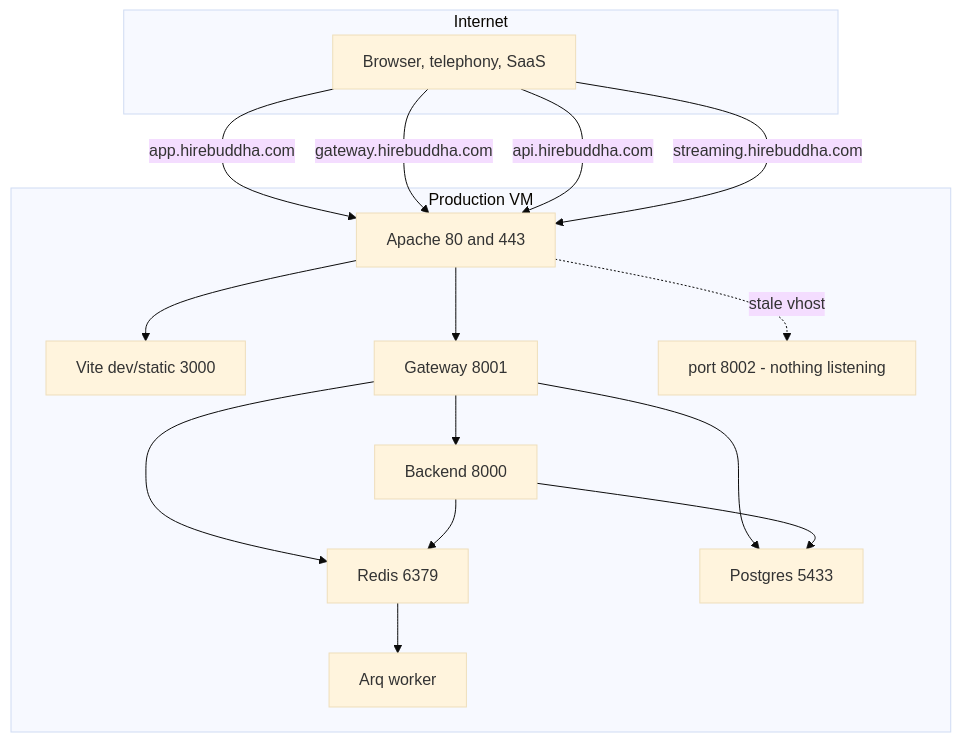
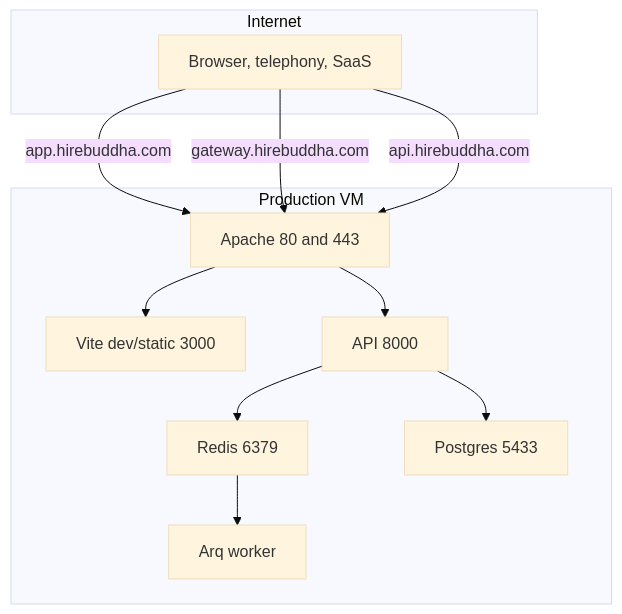
One commit to gondolerahul/hire-buddha-app changed diagram 20 of 22 in docs/current/13-gateway-and-realtime.md. Above: the diagram before and after it, drawn with Mermaid (base theme). The commit also changed other lines of this file and 61 other files, not shown here.

````diff
--- a/docs/current/13-gateway-and-realtime.md
+++ b/docs/current/13-gateway-and-realtime.md
@@ -1552,30 +1286,23 @@
 ```mermaid
 graph TB
     subgraph Internet
         U["Browser, telephony, SaaS"]
     end
     subgraph VM["Production VM"]
         AP["Apache 80 and 443"]
         FE["Vite dev/static 3000"]
-        GW["Gateway 8001"]
-        BE["Backend 8000"]
+        BE["API 8000"]
         WK["Arq worker"]
         RD["Redis 6379"]
         PG["Postgres 5433"]
-        X8002["port 8002 - nothing listening"]
     end
 
     U -->|app.hirebuddha.com| AP
     U -->|gateway.hirebuddha.com| AP
     U -->|api.hirebuddha.com| AP
-    U -->|streaming.hirebuddha.com| AP
     AP --> FE
-    AP --> GW
-    AP -.stale vhost.-> X8002
-    GW --> BE
-    GW --> RD
-    GW --> PG
+    AP --> BE
     BE --> PG
     BE --> RD
     RD --> WK
 ```
````
